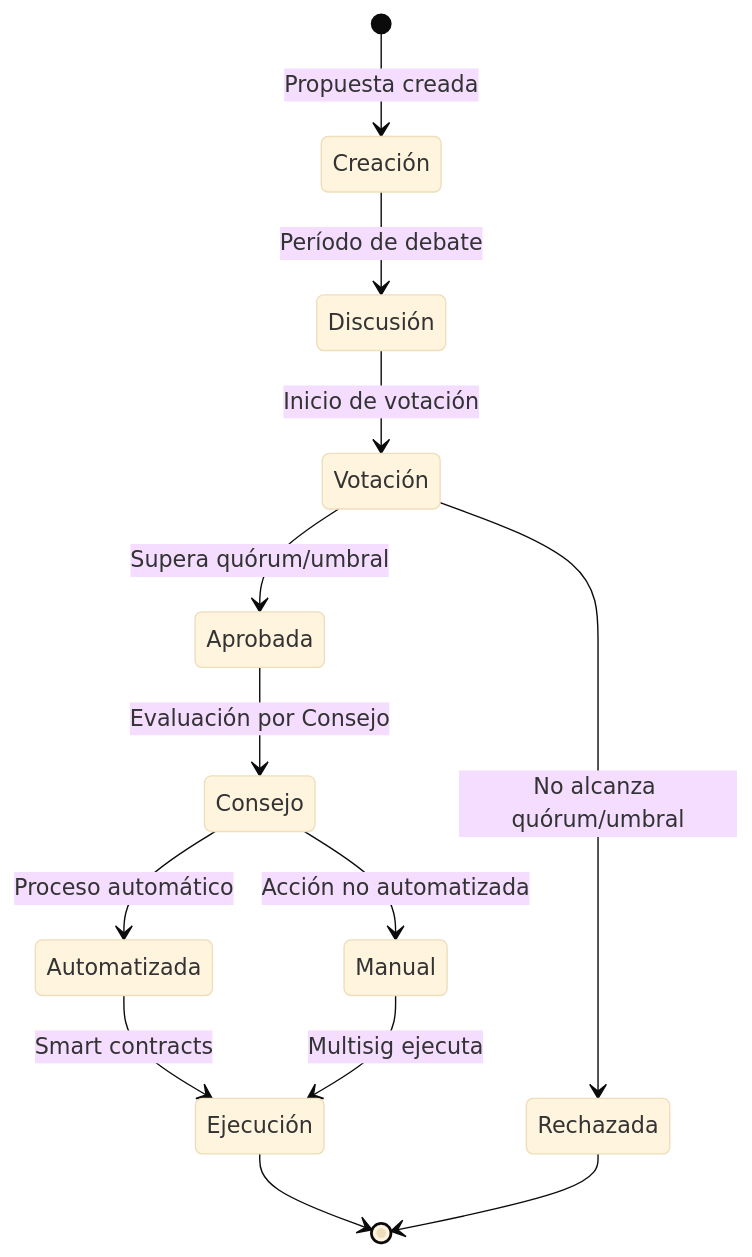
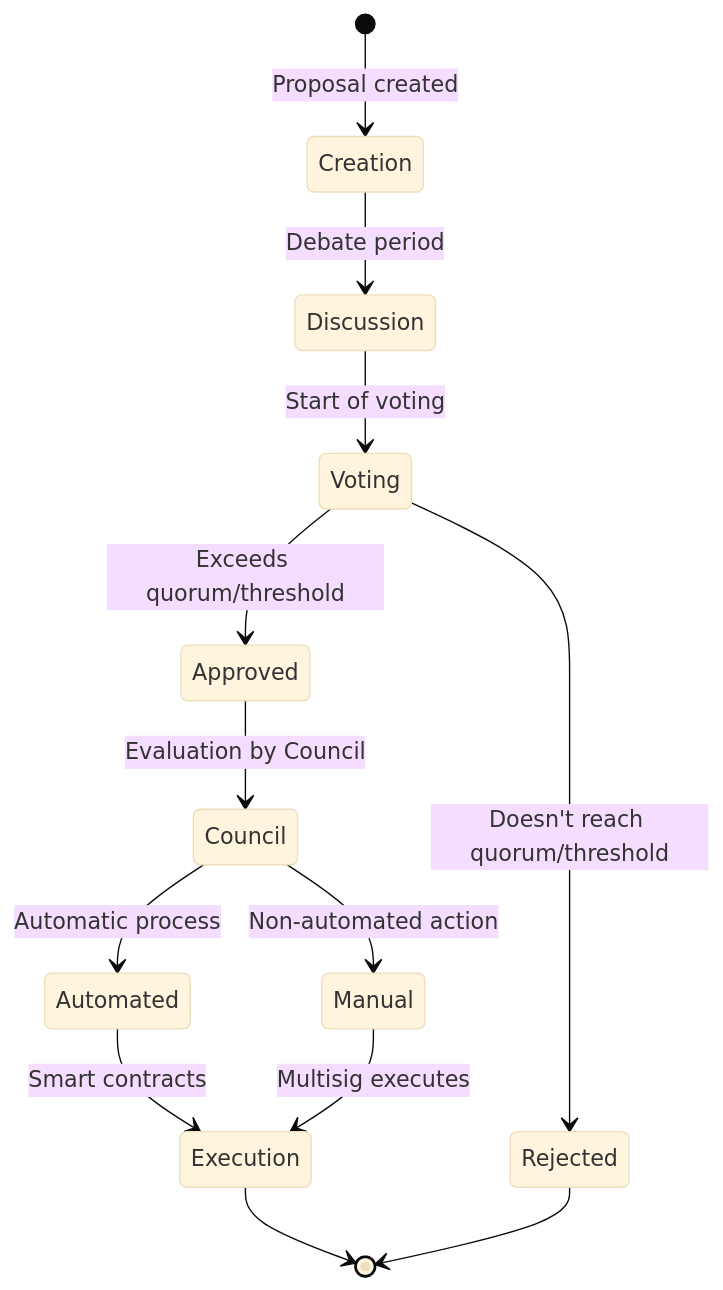
One commit to eth-ecuador/eth-ecuador-dao changed the fourth of 7 diagrams in YellowPaper.md. Above: the diagram before and after it, drawn with Mermaid (base theme). The commit also changed other lines of this file, not shown here.

````diff
--- a/YellowPaper.md
+++ b/YellowPaper.md
@@ -184,15 +209,15 @@
 ```mermaid
 stateDiagram-v2
-    [*] --> Creación: Propuesta creada
-    Creación --> Discusión: Período de debate
-    Discusión --> Votación: Inicio de votación
-    Votación --> Rechazada: No alcanza quórum/umbral
-    Votación --> Aprobada: Supera quórum/umbral
-    Aprobada --> Consejo: Evaluación por Consejo
-    Consejo --> Automatizada: Proceso automático
-    Consejo --> Manual: Acción no automatizada
-    Automatizada --> Ejecución: Smart contracts
-    Manual --> Ejecución: Multisig ejecuta
-    Ejecución --> [*]
-    Rechazada --> [*]
+    [*] --> Creation: Proposal created
+    Creation --> Discussion: Debate period
+    Discussion --> Voting: Start of voting
+    Voting --> Rejected: Doesn't reach quorum/threshold
+    Voting --> Approved: Exceeds quorum/threshold
+    Approved --> Council: Evaluation by Council
+    Council --> Automated: Automatic process
+    Council --> Manual: Non-automated action
+    Automated --> Execution: Smart contracts
+    Manual --> Execution: Multisig executes
+    Execution --> [*]
+    Rejected --> [*]
 ```
````
